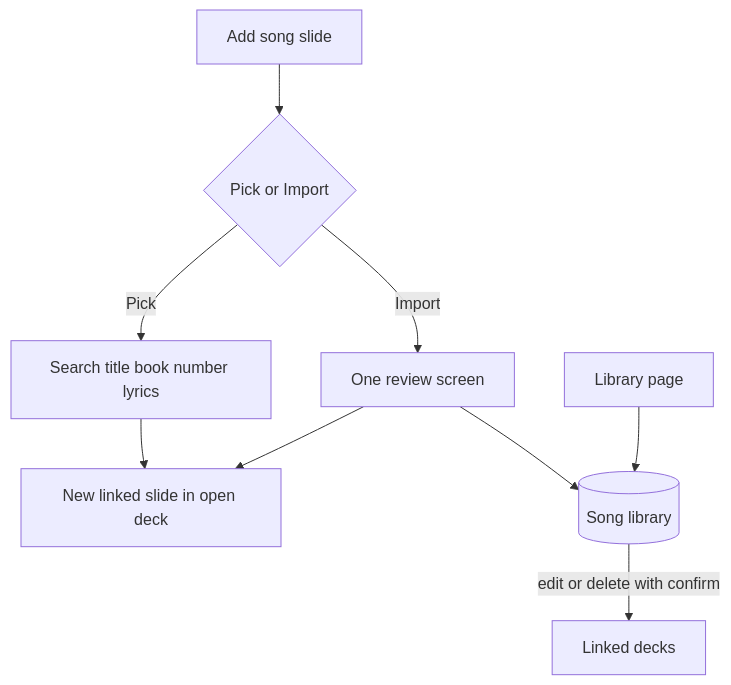
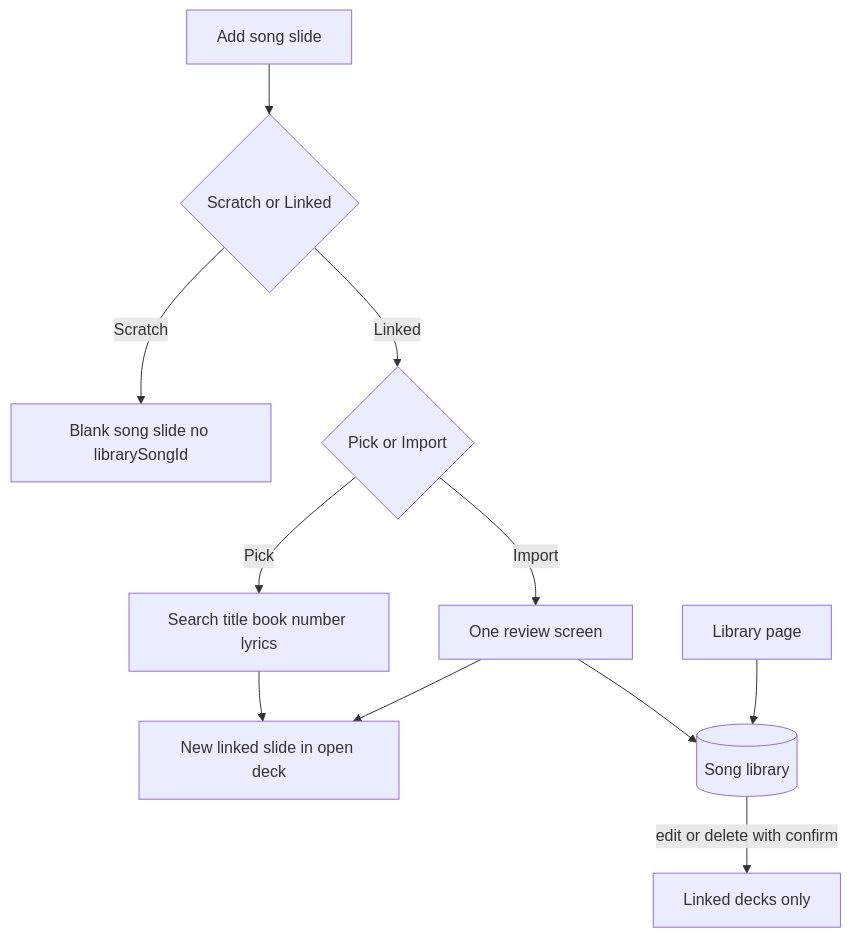
Before and after one commit to groundworksdesign/poster: the diagram in ralph/epic.md, drawn with Mermaid. The commit also changed other lines of this file and 5 other files, not shown here.

First line of the commit message:
epic-004 loop 16 planning: scratch vs linked song slides [skip ci]

````diff
--- a/ralph/epic.md
+++ b/ralph/epic.md
@@ -72,11 +75,13 @@
 ```mermaid
 flowchart TD
-  addSlide[Add song slide] --> choice{Pick or Import}
+  addSlide[Add song slide] --> kind{Scratch or Linked}
+  kind -->|Scratch| blank[Blank song slide no librarySongId]
+  kind -->|Linked| choice{Pick or Import}
   choice -->|Pick| search[Search title book number lyrics]
   search --> slide[New linked slide in open deck]
   choice -->|Import| review[One review screen]
   review --> slide
   review --> library[(Song library)]
   manage[Library page] --> library
-  library -->|edit or delete with confirm| decks[Linked decks]
+  library -->|edit or delete with confirm| decks[Linked decks only]
 ```
````
